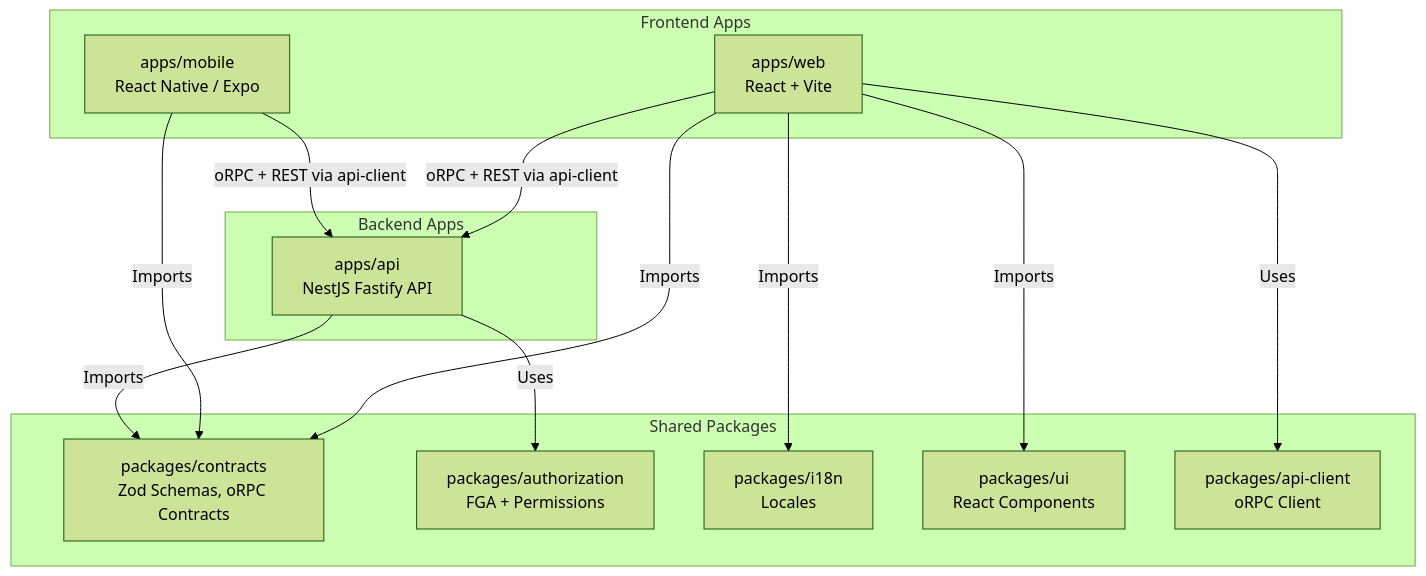
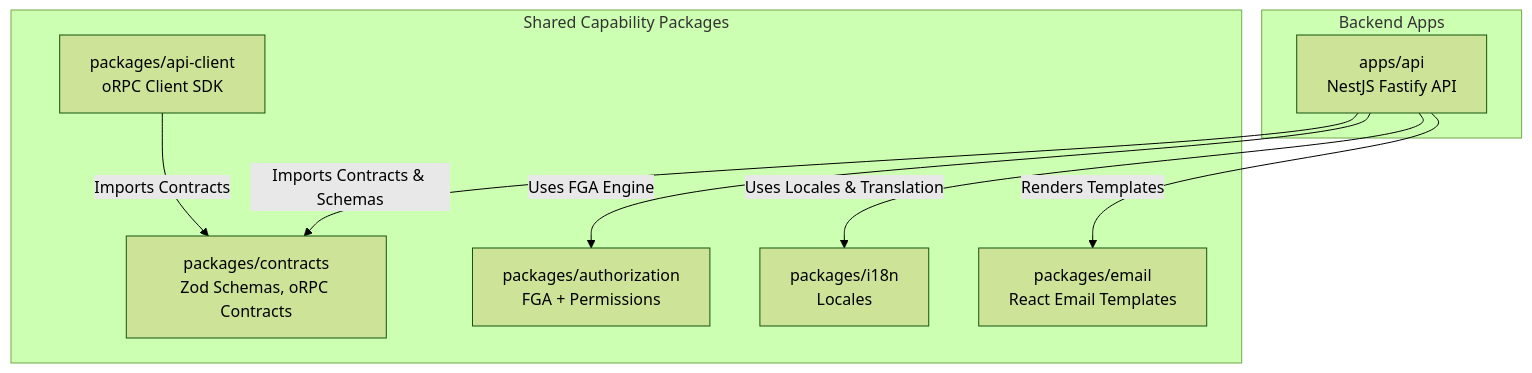
One commit to ihssmaheel-dev/modular-monolith-architecture changed the first of 2 diagrams in ARCHITECTURE_DEEP_DIVE.md. Above: the diagram before and after it, drawn with Mermaid (forest theme). The commit also changed other lines of this file and 91 other files, not shown here.

Commit message:
docs: update documentation to reflect modular backend architecture

````diff
--- a/ARCHITECTURE_DEEP_DIVE.md
+++ b/ARCHITECTURE_DEEP_DIVE.md
@@ -16,30 +16,20 @@
 ```mermaid
 graph TD
-    subgraph Frontend Apps
-        W[apps/web<br>React + Vite]
-        M[apps/mobile<br>React Native / Expo]
-    end
-
     subgraph Backend Apps
         A[apps/api<br>NestJS Fastify API]
     end
 
-    subgraph Shared Packages
+    subgraph Shared Capability Packages
         S[packages/contracts<br>Zod Schemas, oRPC Contracts]
         AuthZ[packages/authorization<br>FGA + Permissions]
         I18N[packages/i18n<br>Locales]
-        UI[packages/ui<br>React Components]
-        Client[packages/api-client<br>oRPC Client]
+        Client[packages/api-client<br>oRPC Client SDK]
+        Email[packages/email<br>React Email Templates]
     end
 
-    W -->|Imports| S
-    W -->|Imports| UI
-    W -->|Imports| I18N
-    W -->|Uses| Client
-    M -->|Imports| S
-    A -->|Imports| S
-    A -->|Uses| AuthZ
-
-    W -->|oRPC + REST via api-client| A
-    M -->|oRPC + REST via api-client| A
+    A -->|Imports Contracts & Schemas| S
+    A -->|Uses FGA Engine| AuthZ
+    A -->|Uses Locales & Translation| I18N
+    A -->|Renders Templates| Email
+    Client -->|Imports Contracts| S
 ```
````
